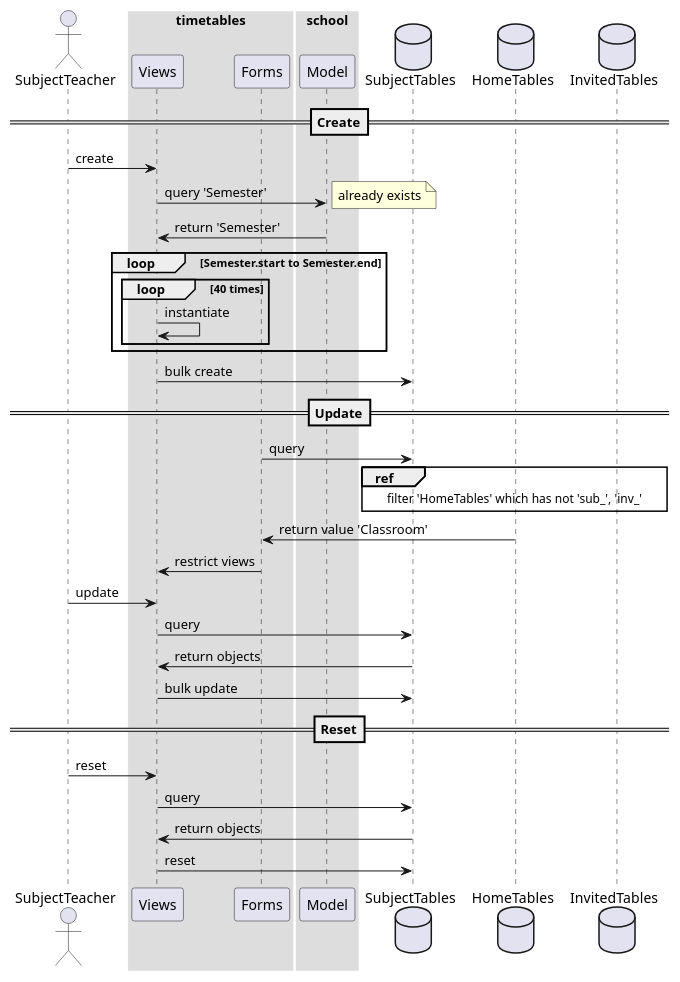
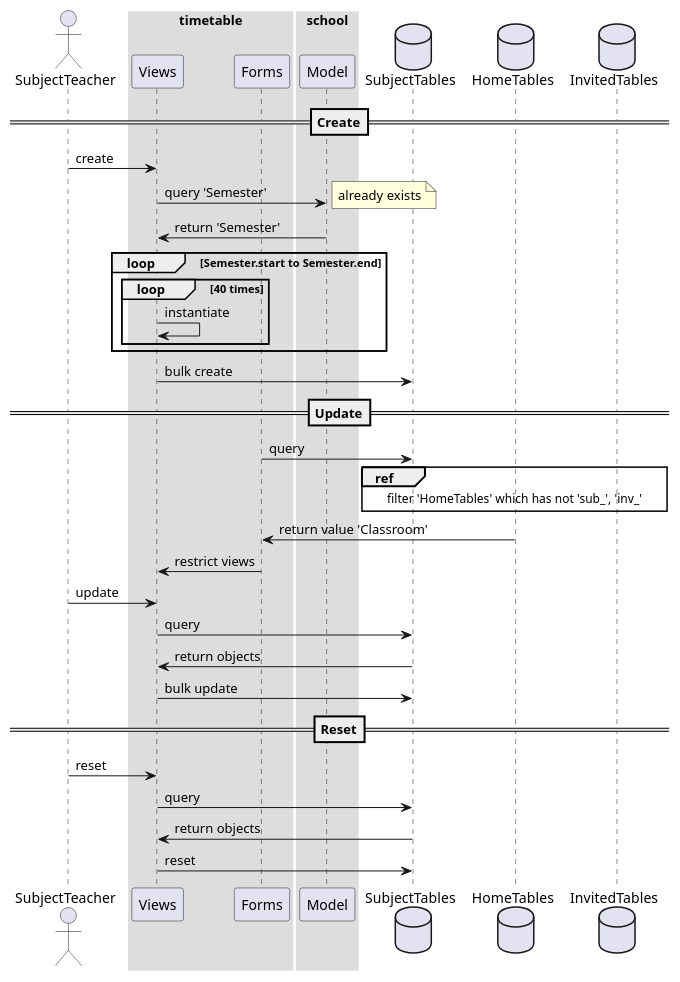
One commit to hyeonjang/class_schedule_maker changed the diagram in _report/2020-10-16-report/sequence_sub.puml. Above: the diagram before and after it, drawn with PlantUML. The commit also changed 2 other files, not shown here.

```diff
--- a/_report/2020-10-16-report/sequence_sub.puml
+++ b/_report/2020-10-16-report/sequence_sub.puml
@@ -1,49 +1,49 @@
 @startuml
 'style'
 skinparam SequenceBoxBorderColor #ffffff
 
 'struct'
 actor SubjectTeacher
 
-box timetables
+box timetable
     participant Views
     participant Forms
 end box
 
 box school 
     participant Model
 end box
 
 database SubjectTables
 database HomeTables
 database InvitedTables
 
 'graph'
 ==Create==
 SubjectTeacher -> Views : create
 Views -> Model : query 'Semester'
 note right: already exists
 Model -> Views : return 'Semester'
     loop Semester.start to Semester.end
         loop 40 times
             Views -> Views : instantiate
         end
     end
 Views -> SubjectTables : bulk create
 ==Update==
 Forms -> SubjectTables : query
 ref over SubjectTables, HomeTables, InvitedTables
     filter 'HomeTables' which has not 'sub_', 'inv_'
 end ref
 HomeTables -> Forms : return value 'Classroom'
 Forms -> Views : restrict views
 SubjectTeacher -> Views : update
 Views -> SubjectTables : query
 SubjectTables -> Views : return objects
 Views -> SubjectTables : bulk update
 ==Reset== 
 SubjectTeacher -> Views : reset
 Views -> SubjectTables : query
 SubjectTables -> Views : return objects
 Views -> SubjectTables : reset
 @enduml
```
